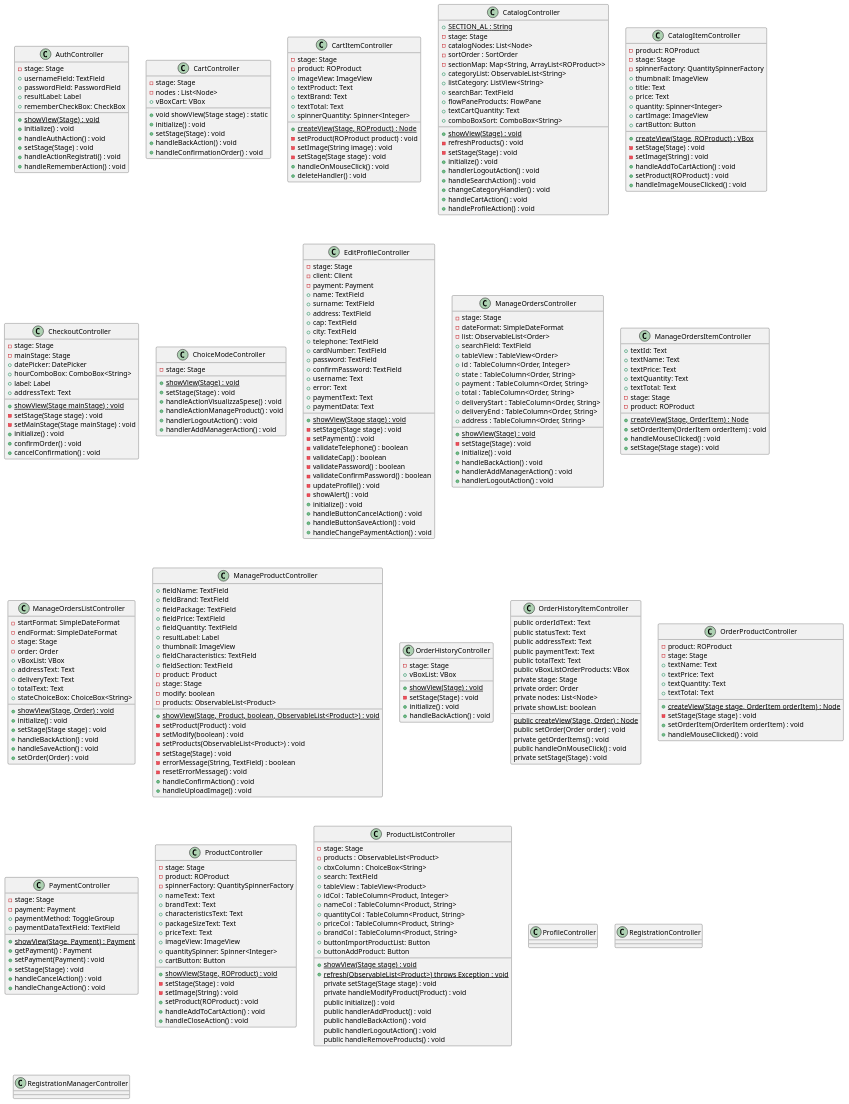
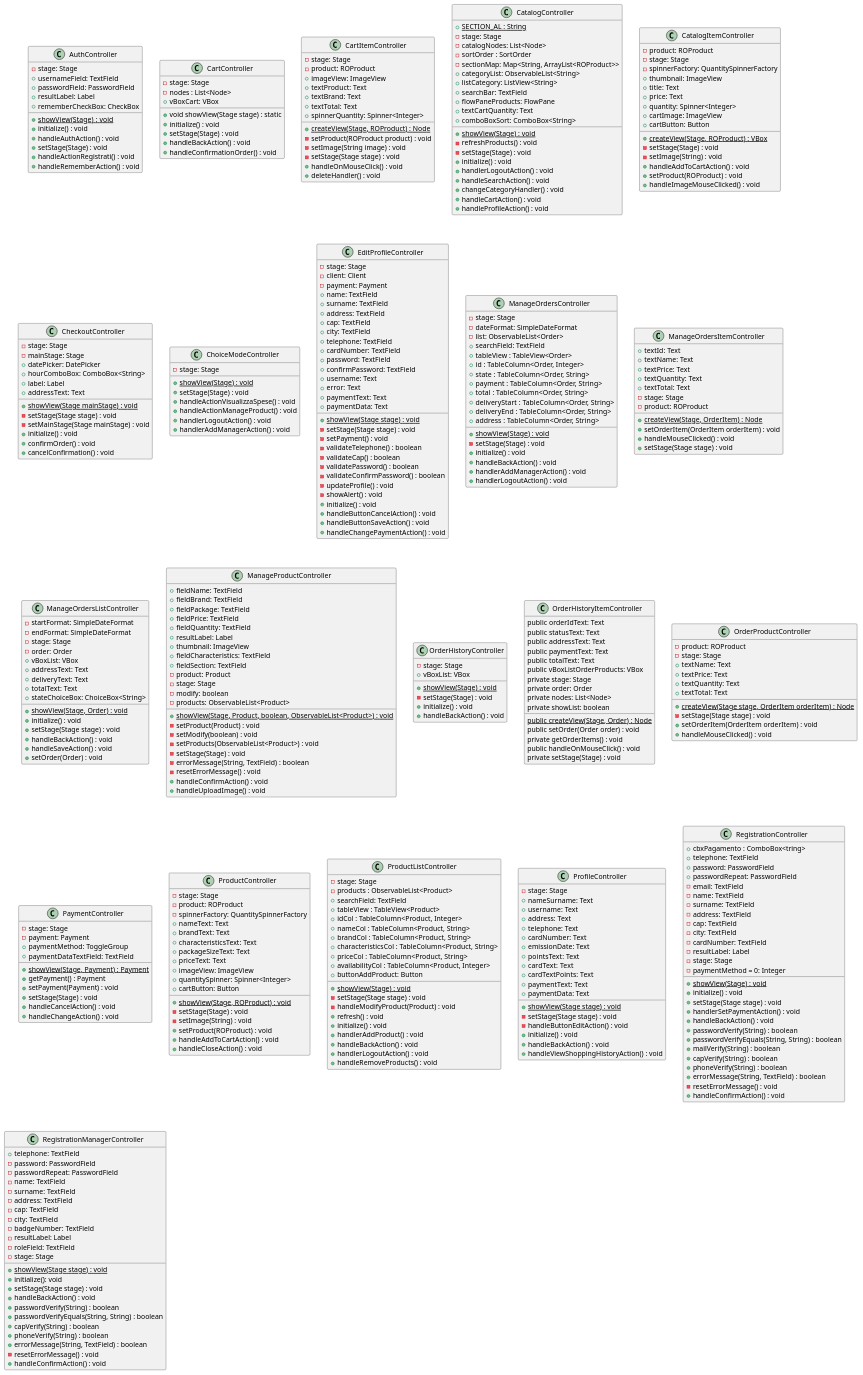
One commit to joshuachp/progetto_ingegneria_software changed the diagram in docs/diagrams/class/client_controllers.puml. Above: the diagram before and after it, drawn with PlantUML. The commit also changed 1 other file, not shown here.

Commit message:
Finished class diagram

```diff
--- a/docs/diagrams/class/client_controllers.puml
+++ b/docs/diagrams/class/client_controllers.puml
@@ -291,36 +291,103 @@
 }
 
 class ProductListController {
-  - stage: Stage 
-  - products : ObservableList<Product> 
-  + cbxColumn : ChoiceBox<String> 
-  + search: TextField 
-  + tableView : TableView<Product> 
-  + idCol : TableColumn<Product, Integer> 
-  + nameCol : TableColumn<Product, String> 
-  + quantityCol : TableColumn<Product, String> 
-  + priceCol : TableColumn<Product, String> 
-  + brandCol : TableColumn<Product, String> 
-  + buttonImportProductList: Button 
-  + buttonAddProduct: Button 
-  + {static} showView(Stage stage) : void 
-  + {static} refresh(ObservableList<Product>) throws Exception : void 
-  private setStage(Stage stage) : void 
-  private handleModifyProduct(Product) : void 
-  public initialize() : void 
-  public handlerAddProduct() : void 
-  public handleBackAction() : void 
-  public handlerLogoutAction() : void 
-  public handleRemoveProducts() : void 
+    - stage: Stage 
+    - products : ObservableList<Product> 
+    + searchField: TextField 
+    + tableView : TableView<Product> 
+    + idCol : TableColumn<Product, Integer> 
+    + nameCol : TableColumn<Product, String> 
+    + brandCol : TableColumn<Product, String> 
+    + characteristicsCol : TableColumn<Product, String> 
+    + priceCol : TableColumn<Product, String> 
+    + availabilityCol : TableColumn<Product, Integer> 
+    + buttonAddProduct: Button 
+    + {static} showView(Stage) : void 
+    - setStage(Stage stage) : void 
+    - handleModifyProduct(Product) : void 
+    + refresh() : void 
+    + initialize() : void 
+    + handlerAddProduct() : void 
+    + handleBackAction() : void 
+    + handlerLogoutAction() : void 
+    + handleRemoveProducts() : void 
 }
 
 class ProfileController {
+  - stage: Stage 
+  + nameSurname: Text 
+  + username: Text 
+  + address: Text 
+  + telephone: Text 
+  + cardNumber: Text 
+  + emissionDate: Text 
+  + pointsText: Text 
+  + cardText: Text 
+  + cardTextPoints: Text 
+  + paymentText: Text 
+  + paymentData: Text 
+  + {static} showView(Stage stage) : void 
+  - setStage(Stage stage) : void 
+  - handleButtonEditAction() : void 
+  + initialize() : void 
+  + handleBackAction() : void 
+  + handleViewShoppingHistoryAction() : void 
 }
 
 class RegistrationController {
+  + cbxPagamento : ComboBox<tring> 
+  + telephone: TextField 
+  + password: PasswordField 
+  + passwordRepeat: PasswordField 
+  - email: TextField 
+  - name: TextField 
+  - surname: TextField 
+  - address: TextField 
+  - cap: TextField 
+  - city: TextField 
+  - cardNumber: TextField 
+  - resultLabel: Label 
+  - stage: Stage 
+  - paymentMethod = 0: Integer 
+  + {static} showView(Stage) : void 
+  + initialize() : void 
+  + setStage(Stage stage) : void 
+  + handlerSetPaymentAction() : void 
+  + handleBackAction() : void 
+  + passwordVerify(String) : boolean 
+  + passwordVerifyEquals(String, String) : boolean 
+  + mailVerify(String) : boolean 
+  + capVerify(String) : boolean 
+  + phoneVerify(String) : boolean 
+  + errorMessage(String, TextField) : boolean 
+  - resetErrorMessage() : void 
+  + handleConfirmAction() : void 
 }
 
 class RegistrationManagerController {
+  + telephone: TextField 
+  - password: PasswordField 
+  - passwordRepeat: PasswordField 
+  - name: TextField 
+  - surname: TextField 
+  - address: TextField 
+  - cap: TextField 
+  - city: TextField 
+  - badgeNumber: TextField 
+  - resultLabel: Label 
+  - roleField: TextField 
+  - stage: Stage 
+  + {static} showView(Stage stage) : void 
+  + initialize(): void 
+  + setStage(Stage stage) : void 
+  + handleBackAction() : void 
+  + passwordVerify(String) : boolean 
+  + passwordVerifyEquals(String, String) : boolean 
+  + capVerify(String) : boolean 
+  + phoneVerify(String) : boolean 
+  + errorMessage(String, TextField) : boolean 
+  - resetErrorMessage() : void 
+  + handleConfirmAction() : void 
 }
 
 
```
